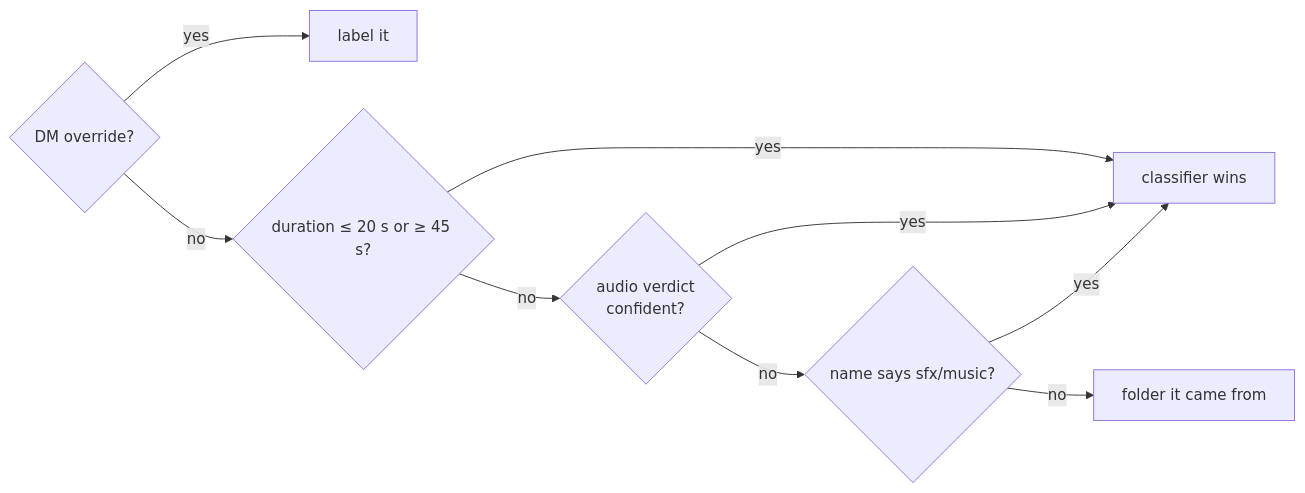
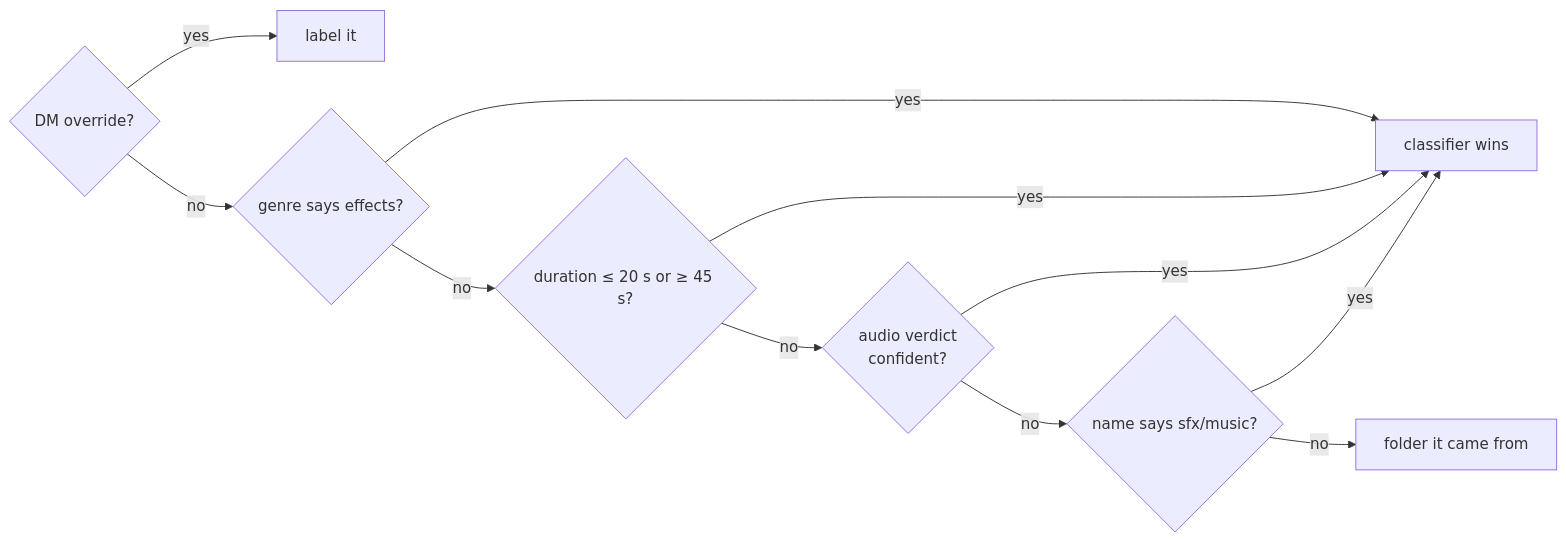
One commit to CodeAndJam/doty changed the fifth of 6 diagrams in docs/ARCHITECTURE.md. Above: the diagram before and after it, drawn with Mermaid. The commit also changed 12 other files, not shown here.

````diff
--- a/docs/ARCHITECTURE.md
+++ b/docs/ARCHITECTURE.md
@@ -199,11 +199,13 @@
 ```mermaid
 flowchart LR
   O{DM override?} -->|yes| OL[label it]
-  O -->|no| C{duration ≤ 20 s or ≥ 45 s?}
-  C -->|yes| CL[classifier wins]
+  O -->|no| G{genre says effects?}
+  G -->|yes| CL[classifier wins]
+  G -->|no| C{duration ≤ 20 s or ≥ 45 s?}
+  C -->|yes| CL
   C -->|no| A{audio verdict<br/>confident?}
   A -->|yes| CL
   A -->|no| N{name says sfx/music?}
   N -->|yes| CL
   N -->|no| F[folder it came from]
 ```
````
